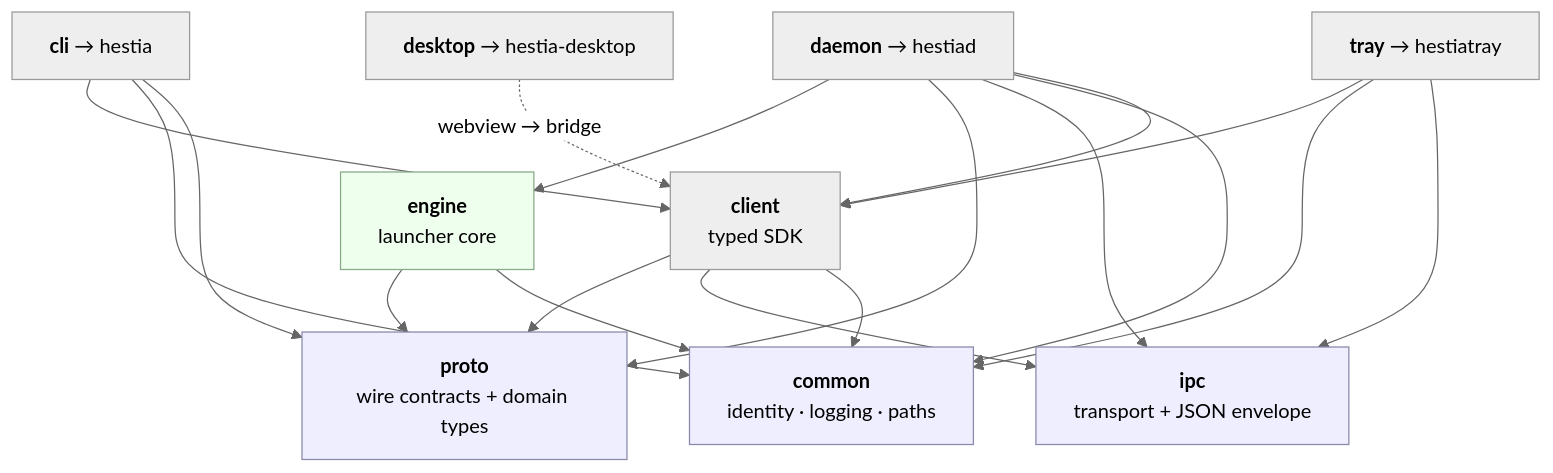
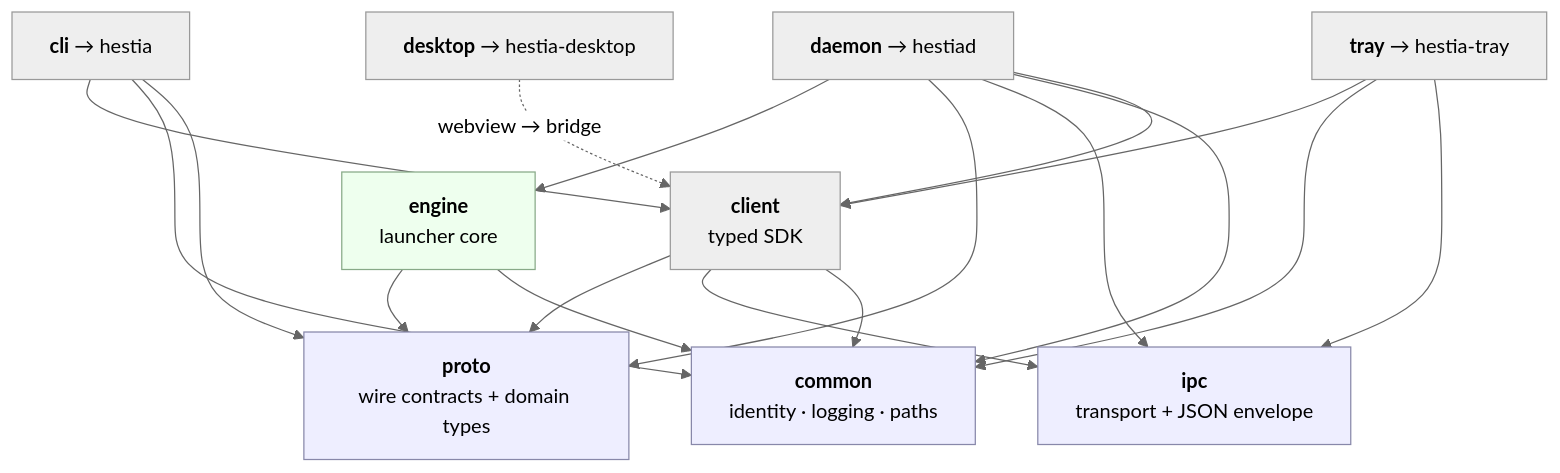
One commit to toraaoo/hestia changed the second of 3 diagrams in docs/architecture.md. Above: the diagram before and after it, drawn with Mermaid (neutral theme). The commit also changed other lines of this file and 14 other files, not shown here.

````diff
--- a/docs/architecture.md
+++ b/docs/architecture.md
@@ -71,24 +71,24 @@
 ```mermaid
 flowchart TD
     proto["<b>proto</b><br/>wire contracts + domain types"]
     ipc["<b>ipc</b><br/>transport + JSON envelope"]
     common["<b>common</b><br/>identity · logging · paths"]
     client["<b>client</b><br/>typed SDK"]
     engine["<b>engine</b><br/>launcher core"]
     cli["<b>cli</b> → hestia"]
     daemon["<b>daemon</b> → hestiad"]
     desktop["<b>desktop</b> → hestia-desktop"]
-    tray["<b>tray</b> → hestiatray"]
+    tray["<b>tray</b> → hestia-tray"]
 
     client --> proto & ipc & common
     engine --> proto & common
     cli --> client & common & proto
     daemon --> engine & proto & ipc & common & client
     tray --> client & common & ipc
     desktop -.->|"webview → bridge"| client
 
     classDef leaf fill:#eef,stroke:#88a
     classDef core fill:#efe,stroke:#8a8
     class proto,ipc,common leaf
     class engine core
 ```
````
